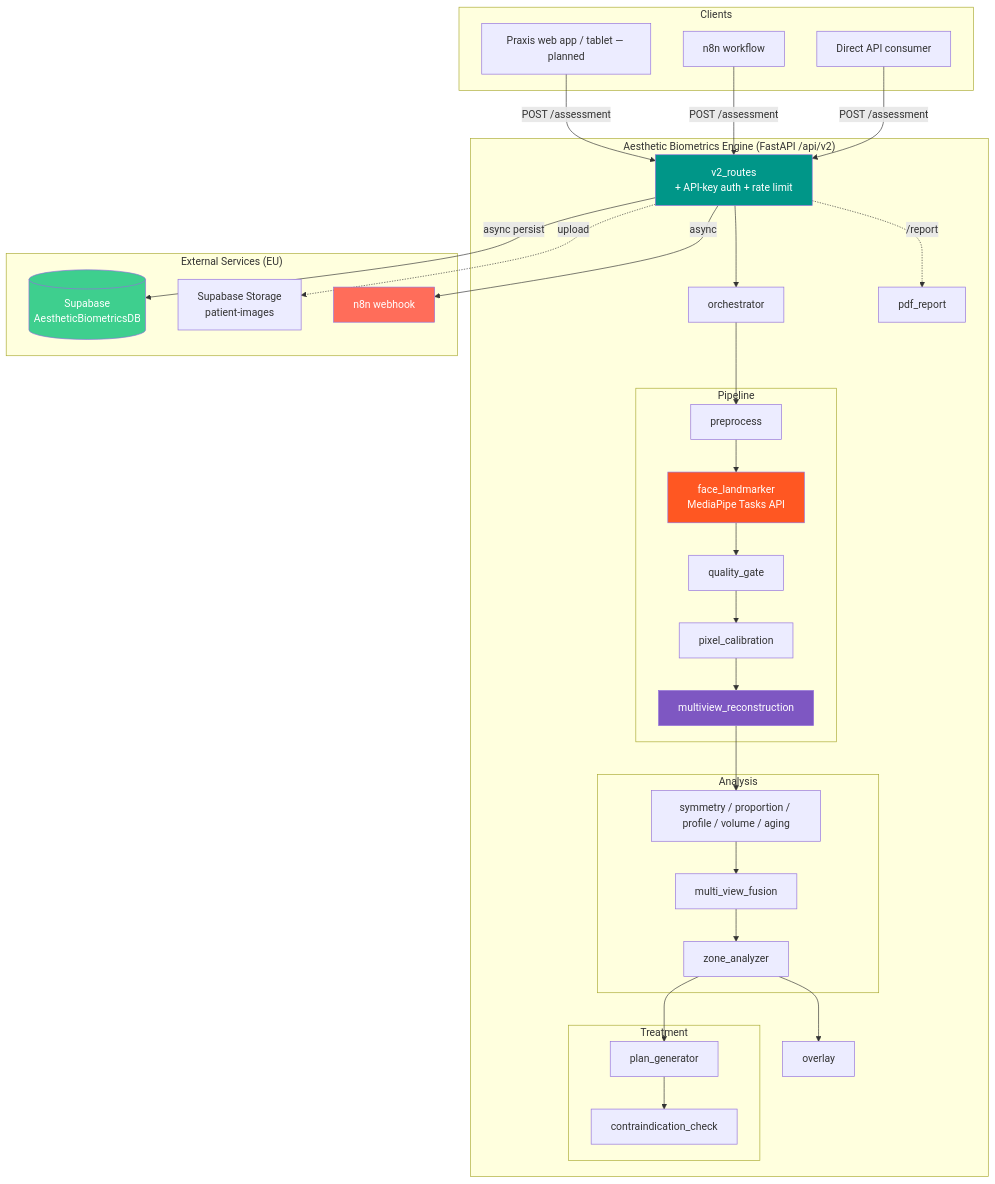
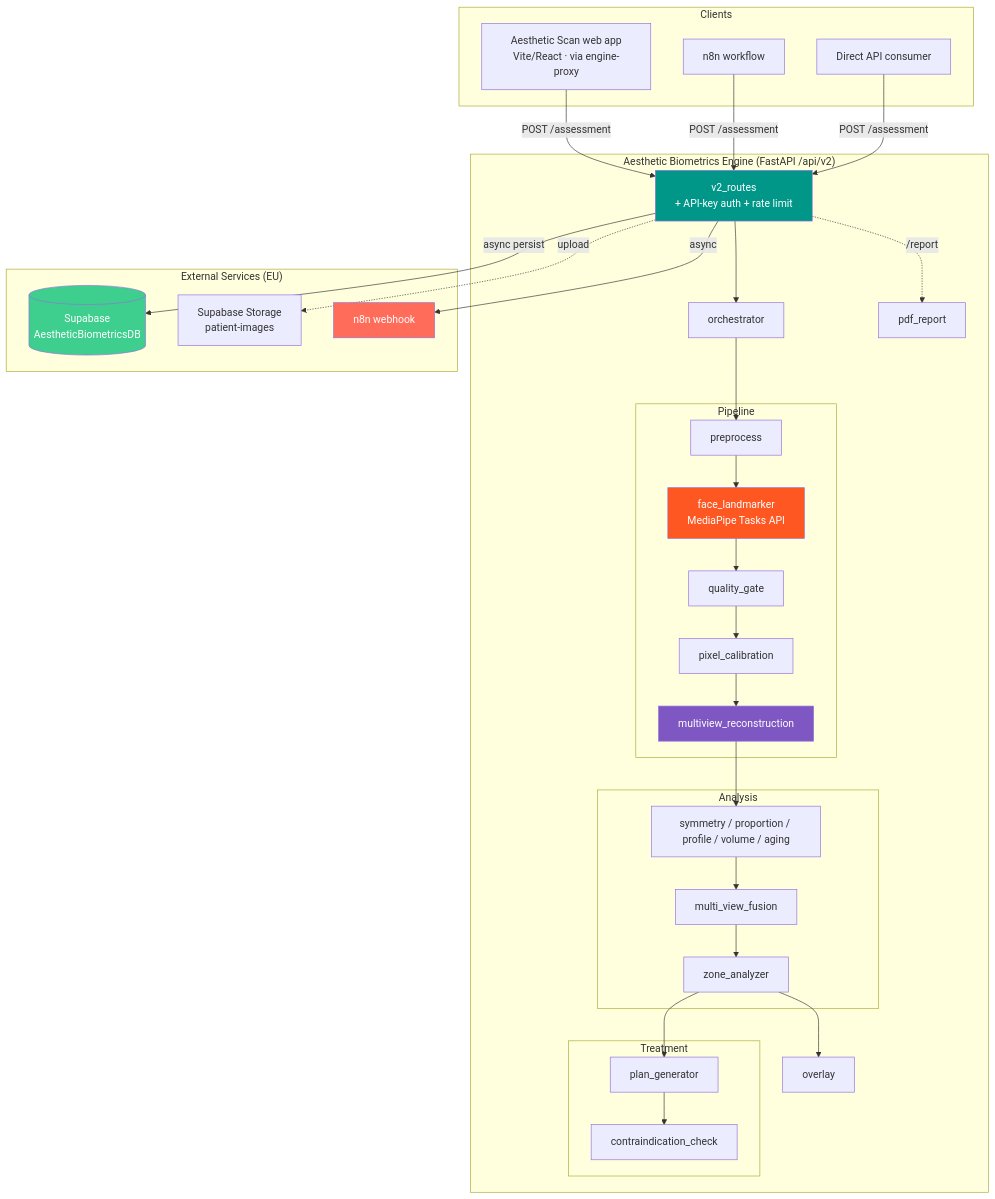
Before and after one commit to JNassar77/aesthetic-biometrics-engine: the third of 7 diagrams in docs/GRAPH.md, drawn with Mermaid. The commit also changed other lines of this file and 5 other files, not shown here.

````diff
--- a/docs/GRAPH.md
+++ b/docs/GRAPH.md
@@ -33,53 +47,53 @@
 ```mermaid
 graph TB
     subgraph Clients
-        APP[Praxis web app / tablet — planned]
+        APP[Aesthetic Scan web app<br/>Vite/React · via engine-proxy]
         N8N_TRIGGER[n8n workflow]
         API_CLIENT[Direct API consumer]
     end
 
     subgraph "Aesthetic Biometrics Engine (FastAPI /api/v2)"
         FASTAPI[v2_routes<br/>+ API-key auth + rate limit]
         ORCH[orchestrator]
         subgraph "Pipeline"
             PRE[preprocess]
             DET[face_landmarker<br/>MediaPipe Tasks API]
             QG[quality_gate]
             CAL[pixel_calibration]
             REC[multiview_reconstruction]
         end
         subgraph "Analysis"
             ENG[symmetry / proportion / profile / volume / aging]
             FUSE[multi_view_fusion]
             ZA[zone_analyzer]
         end
         subgraph "Treatment"
             PLAN[plan_generator]
             CONTRA[contraindication_check]
         end
         OV[overlay]
         PDF[pdf_report]
     end
 
     subgraph "External Services (EU)"
         SUPABASE[(Supabase<br/>AestheticBiometricsDB)]
         STORAGE[Supabase Storage<br/>patient-images]
         N8N_HOOK[n8n webhook]
     end
 
     APP & N8N_TRIGGER & API_CLIENT -->|POST /assessment| FASTAPI
     FASTAPI --> ORCH
     ORCH --> PRE --> DET --> QG --> CAL --> REC --> ENG --> FUSE --> ZA
     ZA --> PLAN --> CONTRA
     ZA --> OV
     FASTAPI -.->|/report| PDF
     FASTAPI -->|async persist| SUPABASE
     FASTAPI -->|async| N8N_HOOK
     FASTAPI -.->|upload| STORAGE
 
     style FASTAPI fill:#009688,color:#fff
     style DET fill:#FF5722,color:#fff
     style REC fill:#7E57C2,color:#fff
     style SUPABASE fill:#3ECF8E,color:#fff
     style N8N_HOOK fill:#FF6D5A,color:#fff
 ```
````
